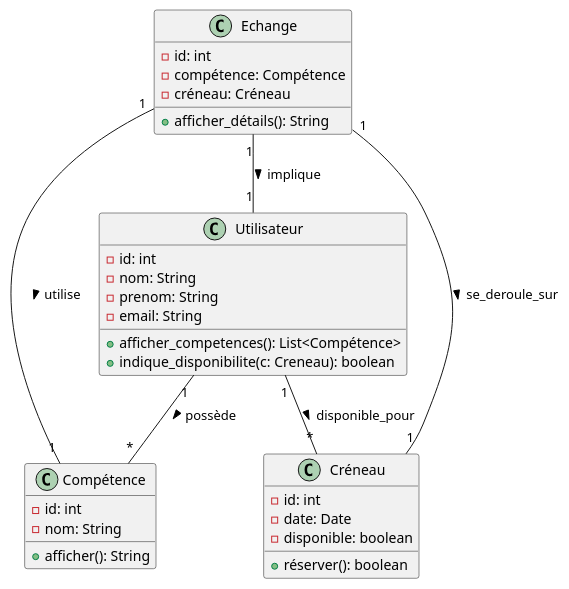
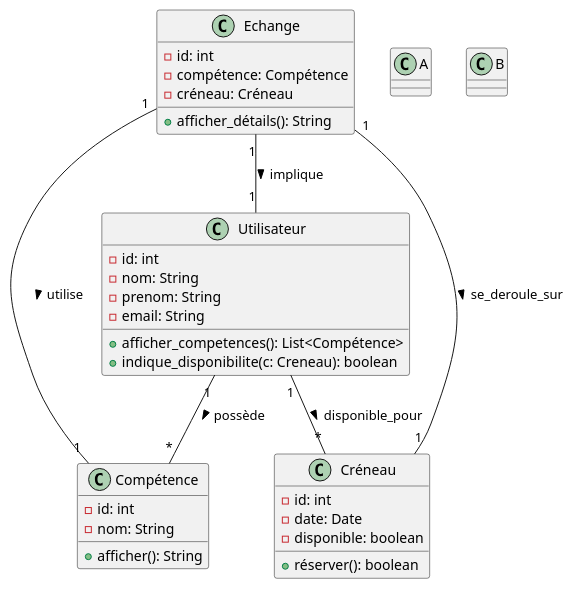
Before and after one commit to ayl001/Eval_2: the diagram in docs/classes.puml, drawn with PlantUML. The commit also changed 1 other file, not shown here.

```diff
--- a/docs/classes.puml
+++ b/docs/classes.puml
@@ -1,37 +1,47 @@
 @startuml
 class Utilisateur {
   -id: int
   -nom: String
   -prenom: String
   -email: String
   +afficher_competences(): List<Compétence>
   +indique_disponibilite(c: Creneau): boolean
 }
 
 class Compétence {
   -id: int
   -nom: String
   +afficher(): String
 }
 
 class Créneau {
   -id: int
   -date: Date
   -disponible: boolean
   +réserver(): boolean
 }
 
 class Echange {
   -id: int
   -compétence: Compétence
   -créneau: Créneau
   +afficher_détails(): String
 }
 
 Utilisateur "1" -- "*" Compétence : possède >
 Utilisateur "1" -- "*" Créneau : disponible_pour >
 Echange "1" -- "1" Utilisateur : implique >
 Echange "1" -- "1" Compétence : utilise >
 Echange "1" -- "1" Créneau : se_deroule_sur >
 
+
+
+class A {
+}
+
+class B {
+}
+
+
+
 @enduml
```
